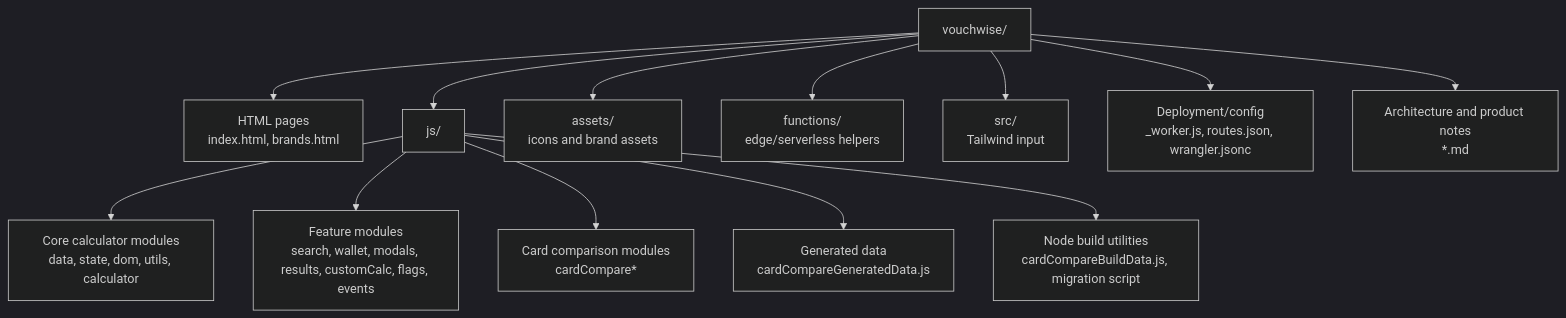
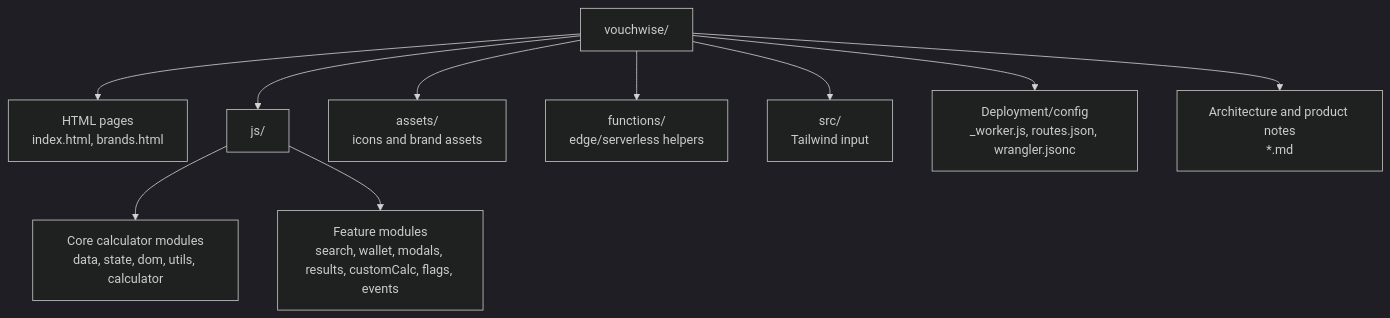
One commit to Ashwani07/voucher-discount-calculator changed the second of 12 diagrams in docs/RepositoryArchitecture.md. Above: the diagram before and after it, drawn with Mermaid (dark theme). The commit also changed other lines of this file and 5 other files, not shown here.

Commit message:
Refine voucher reward calculations and pipeline reliability. Improve Amazon/Axis portal handling, cap disclosures, custom calculations, and architecture documentation. Remove unused scraped card data and obsolete card-comparison references.

````diff
--- a/docs/RepositoryArchitecture.md
+++ b/docs/RepositoryArchitecture.md
@@ -54,17 +53,14 @@
 ```mermaid
 flowchart TD
     Root[vouchwise/]
     Root --> Pages[HTML pages\nindex.html, brands.html]
     Root --> JS[js/]
     Root --> Assets[assets/\nicons and brand assets]
     Root --> Functions[functions/\nedge/serverless helpers]
     Root --> CSS[src/\nTailwind input]
     Root --> Config[Deployment/config\n_worker.js, routes.json, wrangler.jsonc]
     Root --> Docs[Architecture and product notes\n*.md]
 
     JS --> CoreJS[Core calculator modules\ndata, state, dom, utils, calculator]
     JS --> FeatureJS[Feature modules\nsearch, wallet, modals, results, customCalc, flags, events]
-    JS --> CompareJS[Card comparison modules\ncardCompare*]
-    JS --> GeneratedJS[Generated data\ncardCompareGeneratedData.js]
-    JS --> BuildJS[Node build utilities\ncardCompareBuildData.js, migration script]
 ```
````
